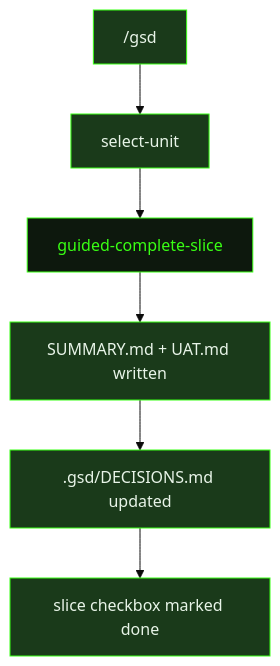
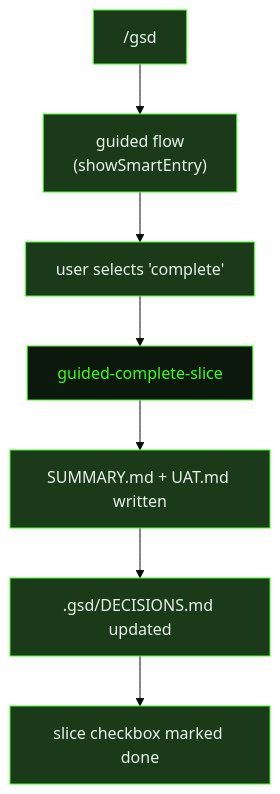
One commit to shusha-group/gsd2-guide changed the diagram in src/content/docs/prompts/guided-complete-slice.mdx. Above: the diagram before and after it, drawn with Mermaid (base theme). The commit also changed other lines of this file and 63 other files, not shown here.

````diff
--- a/src/content/docs/prompts/guided-complete-slice.mdx
+++ b/src/content/docs/prompts/guided-complete-slice.mdx
@@ -16,15 +16,17 @@
 ```mermaid
 flowchart TD
-    GsdCommand["/gsd"] --> SelectUnit["select-unit"]
-    SelectUnit --> GuidedCompleteSlice["guided-complete-slice"]
+    GsdCommand["/gsd"] --> SmartEntry["guided flow\n(showSmartEntry)"]
+    SmartEntry --> UserSelectsComplete["user selects 'complete'"]
+    UserSelectsComplete --> GuidedCompleteSlice["guided-complete-slice"]
     GuidedCompleteSlice --> SummaryWritten["SUMMARY.md + UAT.md written"]
     SummaryWritten --> DecisionsUpdated[".gsd/DECISIONS.md updated"]
     DecisionsUpdated --> RoadmapMarked["slice checkbox marked done"]
 
     style GuidedCompleteSlice fill:#0d180d,stroke:#39ff14,color:#39ff14
     style GsdCommand fill:#1a3a1a,stroke:#39ff14,color:#e8f4e8
-    style SelectUnit fill:#1a3a1a,stroke:#39ff14,color:#e8f4e8
+    style SmartEntry fill:#1a3a1a,stroke:#39ff14,color:#e8f4e8
+    style UserSelectsComplete fill:#1a3a1a,stroke:#39ff14,color:#e8f4e8
     style SummaryWritten fill:#1a3a1a,stroke:#39ff14,color:#e8f4e8
     style DecisionsUpdated fill:#1a3a1a,stroke:#39ff14,color:#e8f4e8
     style RoadmapMarked fill:#1a3a1a,stroke:#39ff14,color:#e8f4e8
 ```
````
